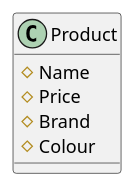
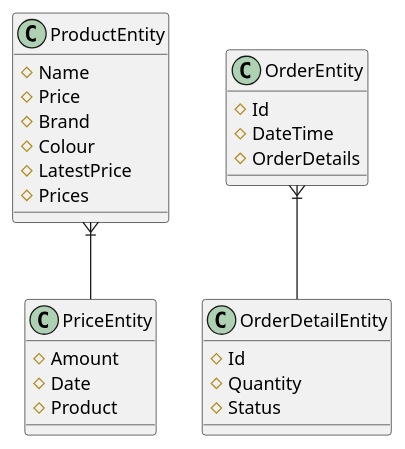
The diagram in Product.puml (khanhnguyen18/icommerce-service), drawn with PlantUML before and after one commit. The commit also changed 3 other files, not shown here.

```diff
--- a/Product.puml
+++ b/Product.puml
@@ -1,10 +1,32 @@
 @startuml
 
-class Product {
+class ProductEntity {
     #Name
     #Price
     #Brand
     #Colour
+    #LatestPrice
+    #Prices
 }
 
+class PriceEntity {
+    #Amount
+    #Date
+    #Product
+}
+
+class OrderEntity {
+    #Id
+    #DateTime
+    #OrderDetails
+}
+
+class OrderDetailEntity {
+    #Id
+    #Quantity
+    #Status
+}
+
+ProductEntity }|-- PriceEntity
+OrderEntity }|-- OrderDetailEntity
 @enduml
```
